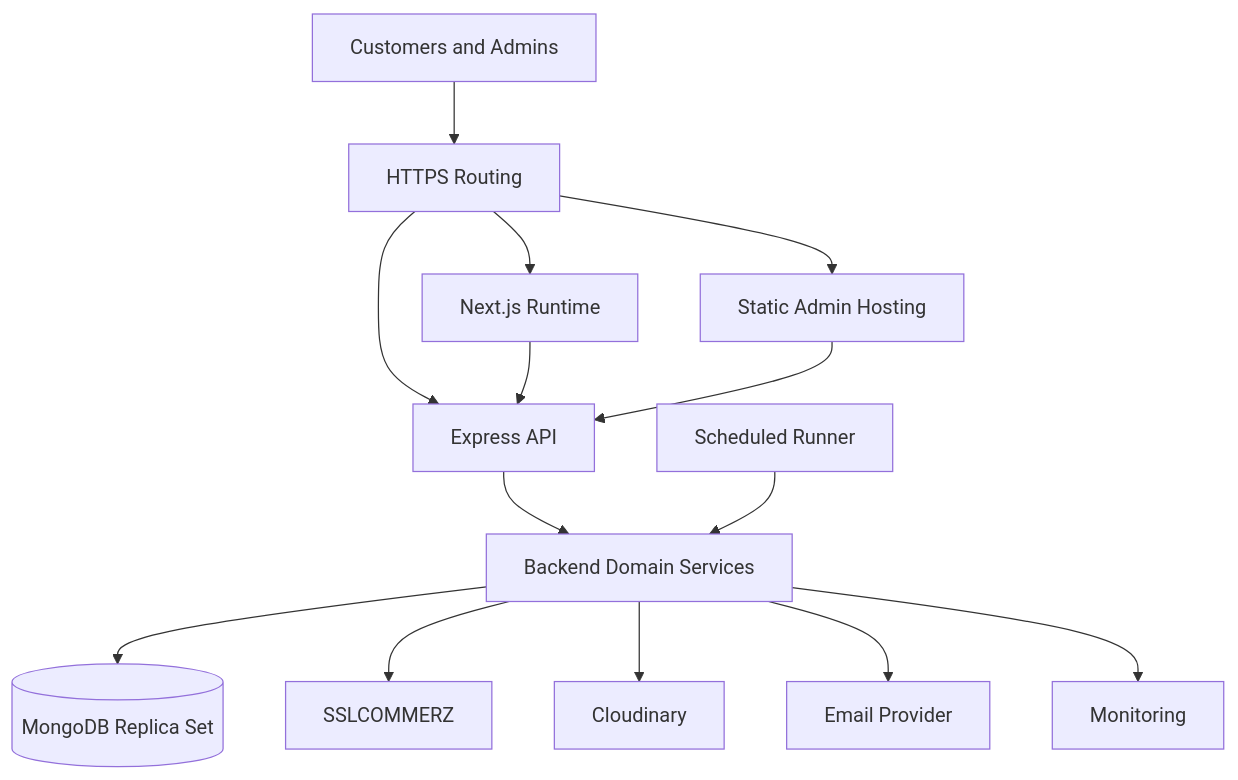
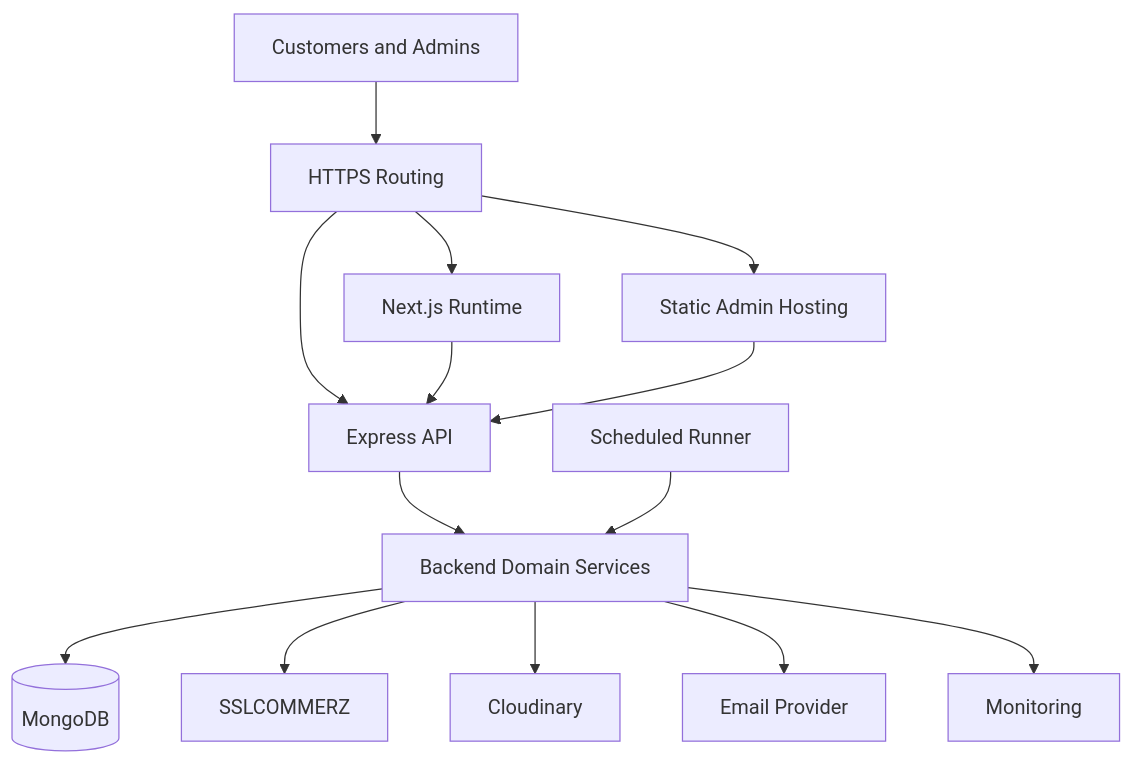
Before and after one commit to mdnuruzzamannirob/sportzone: the eighth of 8 diagrams in docs/ARCHITECTURE.md, drawn with Mermaid. The commit also changed other lines of this file and 12 other files, not shown here.

````diff
--- a/docs/ARCHITECTURE.md
+++ b/docs/ARCHITECTURE.md
@@ -922,16 +955,16 @@
 ```mermaid
 flowchart TB
     Users[Customers and Admins] --> Router[HTTPS Routing]
     Router --> Store[Next.js Runtime]
     Router --> Admin[Static Admin Hosting]
     Router --> API[Express API]
     Store --> API
     Admin --> API
     API --> Domain[Backend Domain Services]
     Jobs[Scheduled Runner] --> Domain
-    Domain --> DB[(MongoDB Replica Set)]
+    Domain --> DB[(MongoDB)]
     Domain --> Gateway[SSLCOMMERZ]
     Domain --> Cloud[Cloudinary]
     Domain --> Mail[Email Provider]
     Domain --> Logs[Monitoring]
 ```
````
